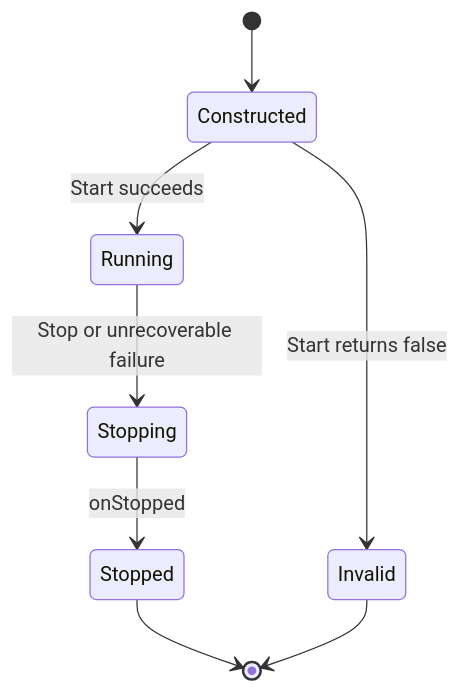
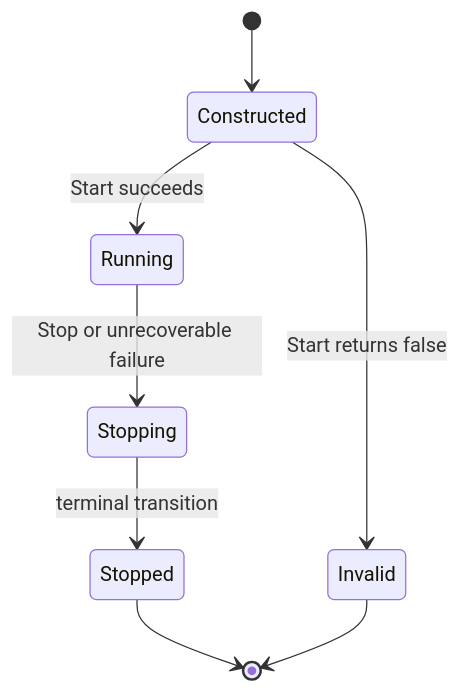
One commit to FyodorZh/Pontifex changed the second of 2 diagrams in Pontifex/Abstractions/Transports/NoAck/Raw/Unreliable/Specification.md. Above: the diagram before and after it, drawn with Mermaid. The commit also changed other lines of this file and 6 other files, not shown here.

````diff
--- a/Pontifex/Abstractions/Transports/NoAck/Raw/Unreliable/Specification.md
+++ b/Pontifex/Abstractions/Transports/NoAck/Raw/Unreliable/Specification.md
@@ -104,10 +104,10 @@
 ```mermaid
 stateDiagram-v2
     [*] --> Constructed
     Constructed --> Running: Start succeeds
     Constructed --> Invalid: Start returns false
     Running --> Stopping: Stop or unrecoverable failure
-    Stopping --> Stopped: onStopped
+    Stopping --> Stopped: terminal transition
     Stopped --> [*]
     Invalid --> [*]
 ```
````
